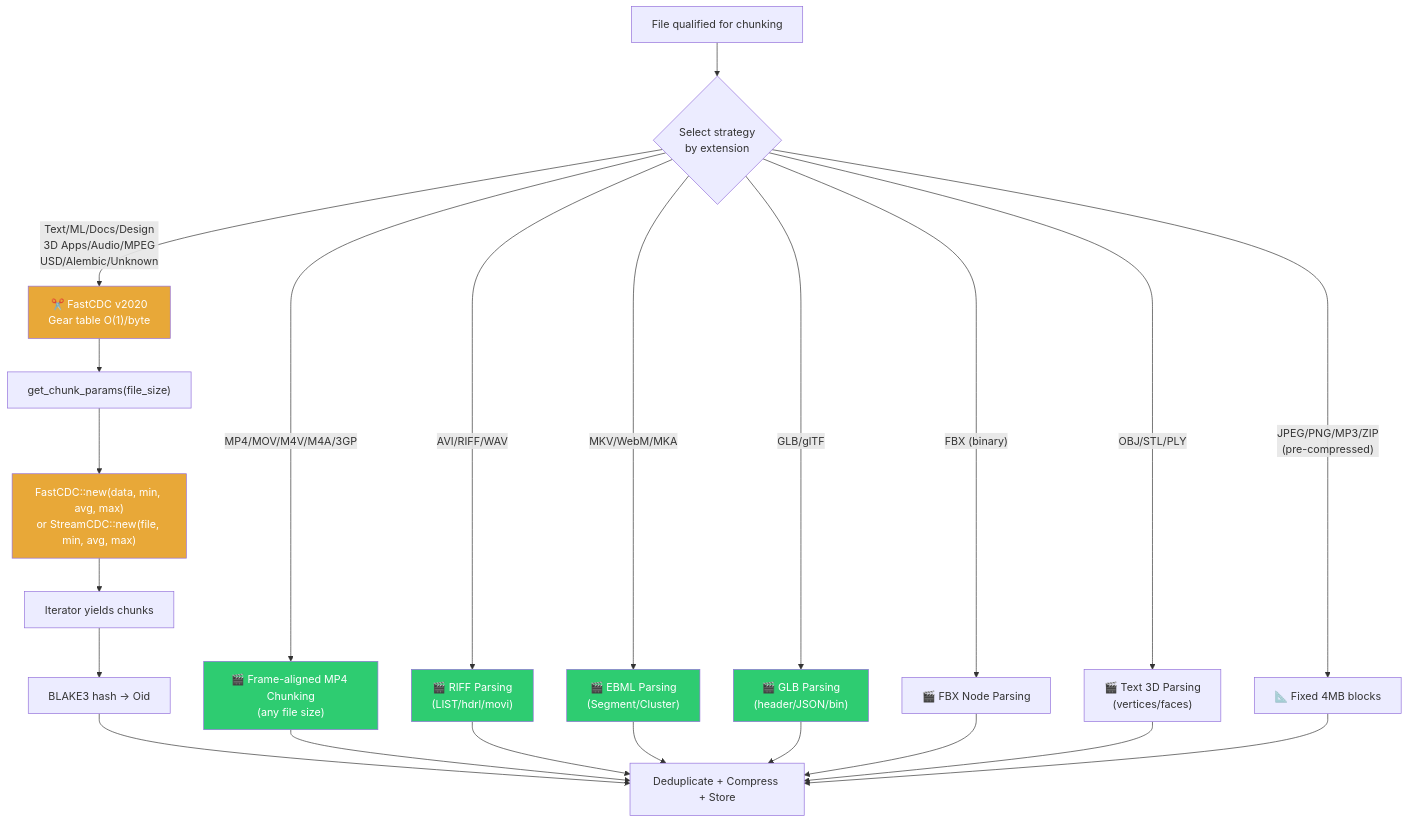
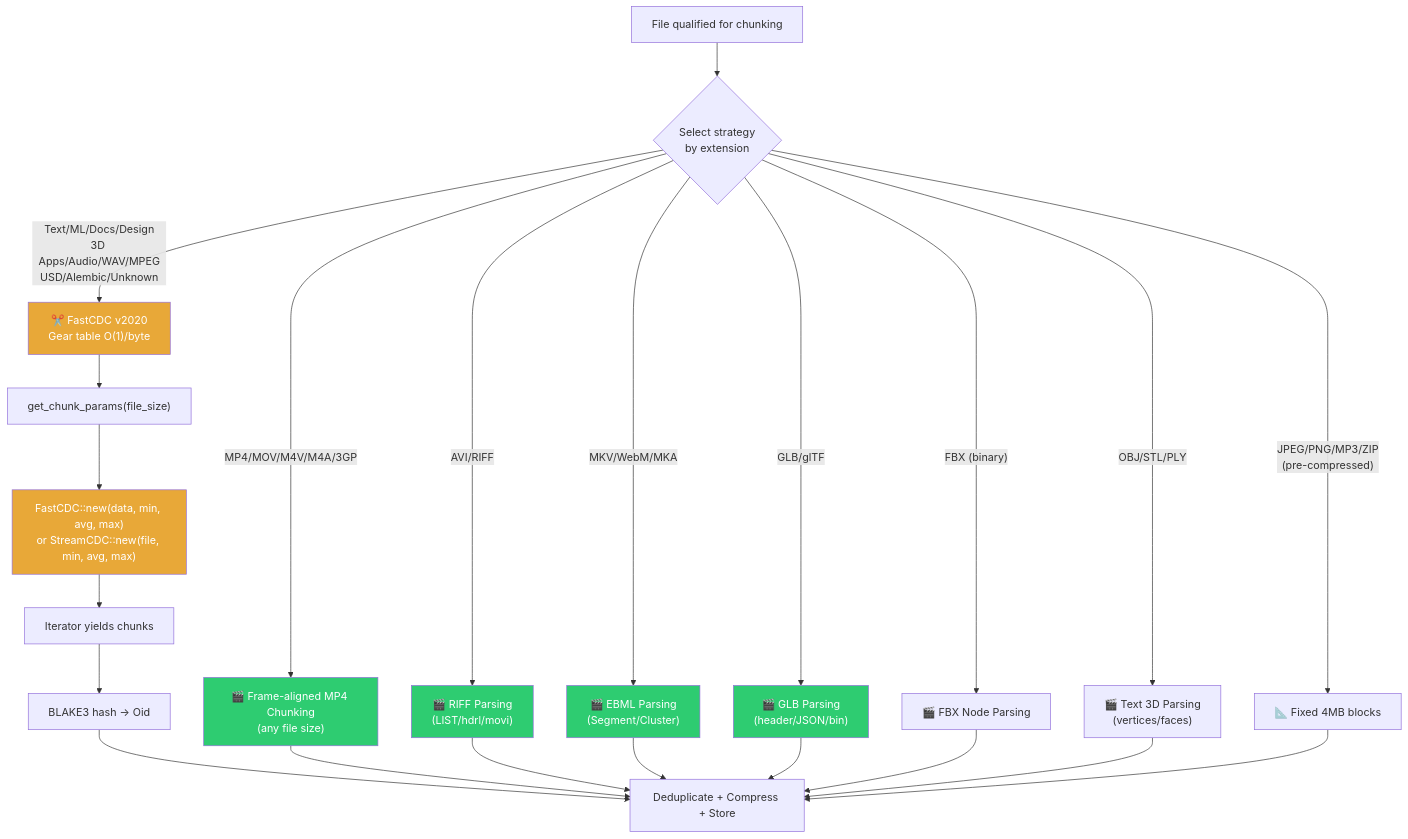
Before and after one commit to winnyboy5/mediagit-core: the second of 3 diagrams in SUPPORTED_FORMATS.md, drawn with Mermaid. The commit also changed other lines of this file and 21 other files, not shown here.

````diff
--- a/SUPPORTED_FORMATS.md
+++ b/SUPPORTED_FORMATS.md
@@ -60,33 +60,33 @@
 ```mermaid
 graph TD
     A["File qualified for chunking"] --> B{"Select strategy<br/>by extension"}
     B -->|"MP4/MOV/M4V/M4A/3GP"| C["🎬 Frame-aligned MP4 Chunking<br/>(any file size)"]
-    B -->|"AVI/RIFF/WAV"| D["🎬 RIFF Parsing<br/>(LIST/hdrl/movi)"]
+    B -->|"AVI/RIFF"| D["🎬 RIFF Parsing<br/>(LIST/hdrl/movi)"]
     B -->|"MKV/WebM/MKA"| E["🎬 EBML Parsing<br/>(Segment/Cluster)"]
     B -->|"GLB/glTF"| F["🎬 GLB Parsing<br/>(header/JSON/bin)"]
     B -->|"FBX (binary)"| G["🎬 FBX Node Parsing"]
     B -->|"OBJ/STL/PLY"| H["🎬 Text 3D Parsing<br/>(vertices/faces)"]
-    B -->|"Text/ML/Docs/Design<br/>3D Apps/Audio/MPEG<br/>USD/Alembic/Unknown"| I["✂️ FastCDC v2020<br/>Gear table O(1)/byte"]
+    B -->|"Text/ML/Docs/Design<br/>3D Apps/Audio/WAV/MPEG<br/>USD/Alembic/Unknown"| I["✂️ FastCDC v2020<br/>Gear table O(1)/byte"]
     B -->|"JPEG/PNG/MP3/ZIP<br/>(pre-compressed)"| J["📐 Fixed 4MB blocks"]
 
     I --> K["get_chunk_params(file_size)"]
     K --> L["FastCDC::new(data, min, avg, max)<br/>or StreamCDC::new(file, min, avg, max)"]
     L --> M["Iterator yields chunks"]
     M --> N["BLAKE3 hash → Oid"]
     N --> O["Deduplicate + Compress + Store"]
 
     C --> O
     D --> O
     E --> O
     F --> O
     G --> O
     H --> O
     J --> O
 
     style I fill:#E8A838,color:#fff
     style L fill:#E8A838,color:#fff
     style C fill:#2ECC71,color:#fff
     style D fill:#2ECC71,color:#fff
     style E fill:#2ECC71,color:#fff
     style F fill:#2ECC71,color:#fff
 ```
````
